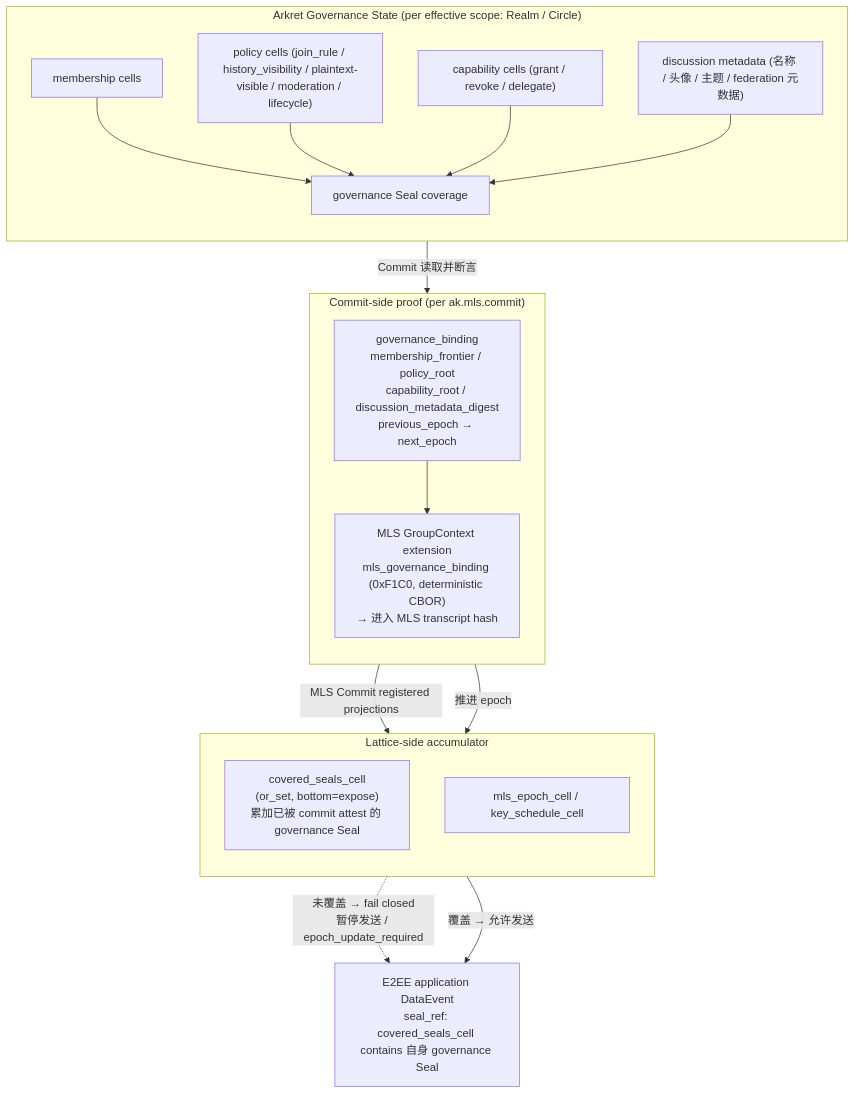
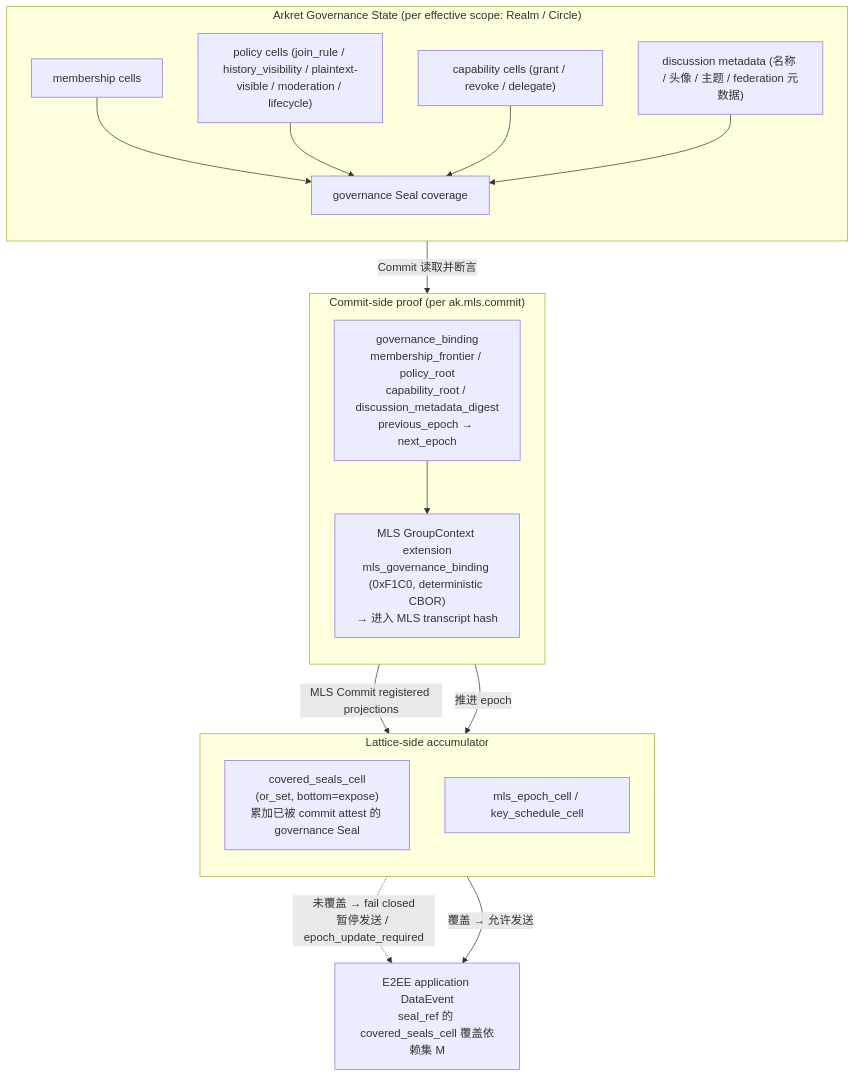
The second of 2 diagrams in spec/v1/zh/crypto-media/encryption-and-audit.md (arkret-org/arkret-spec), drawn with Mermaid before and after one commit. The commit also changed other lines of this file and 16 other files, not shown here.

````diff
--- a/spec/v1/zh/crypto-media/encryption-and-audit.md
+++ b/spec/v1/zh/crypto-media/encryption-and-audit.md
@@ -369,36 +369,36 @@
 ```mermaid
 flowchart TB
     subgraph GS ["Arkret Governance State (per effective scope: Realm / Circle)"]
         direction TB
         Memb["membership cells"]
         Pol["policy cells (join_rule / history_visibility / plaintext-visible / moderation / lifecycle)"]
         Cap["capability cells (grant / revoke / delegate)"]
         Disc["discussion metadata (名称 / 头像 / 主题 / federation 元数据)"]
         Anc["governance Seal coverage"]
         Memb --> Anc
         Pol --> Anc
         Cap --> Anc
         Disc --> Anc
     end
 
     subgraph CS ["Commit-side proof (per ak.mls.commit)"]
         direction TB
         GB["governance_binding<br/>membership_frontier / policy_root<br/>capability_root / discussion_metadata_digest<br/>previous_epoch → next_epoch"]
         Trans["MLS GroupContext extension<br/>mls_governance_binding (0xF1C0, deterministic CBOR)<br/>→ 进入 MLS transcript hash"]
         GB --> Trans
     end
 
     subgraph LS ["Lattice-side accumulator"]
         direction TB
         CFC["covered_seals_cell<br/>(or_set, bottom=expose)<br/>累加已被 commit attest 的 governance Seal"]
         EpC["mls_epoch_cell / key_schedule_cell"]
     end
 
     Anc -- "Commit 读取并断言" --> GB
     GB -- "MLS Commit registered projections" --> CFC
     GB -- "推进 epoch" --> EpC
 
-    Msg["E2EE application DataEvent<br/>seal_ref: covered_seals_cell contains 自身 governance Seal"]
+    Msg["E2EE application DataEvent<br/>seal_ref 的 covered_seals_cell 覆盖依赖集 M"]
     CFC -. "未覆盖 → fail closed<br/>暂停发送 / epoch_update_required" .-> Msg
     CFC -- "覆盖 → 允许发送" --> Msg
 ```
````
